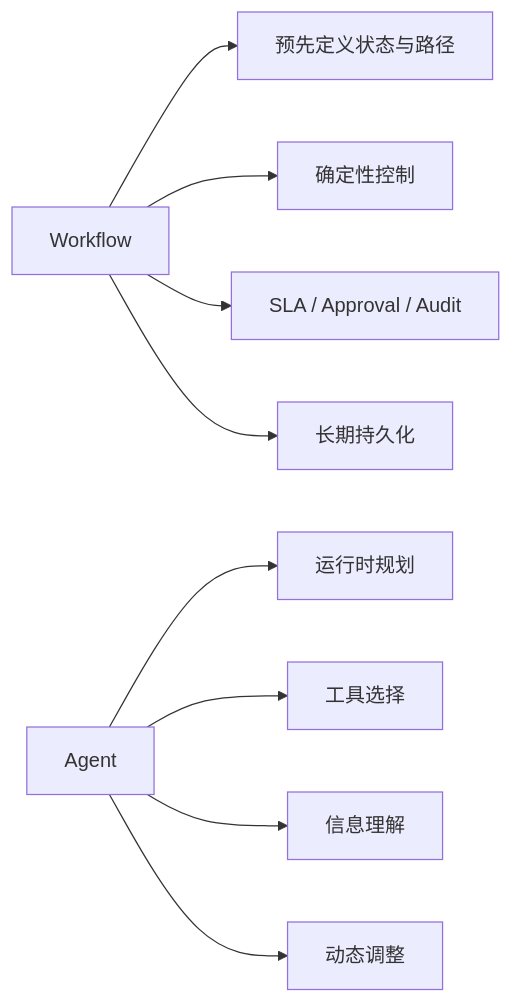
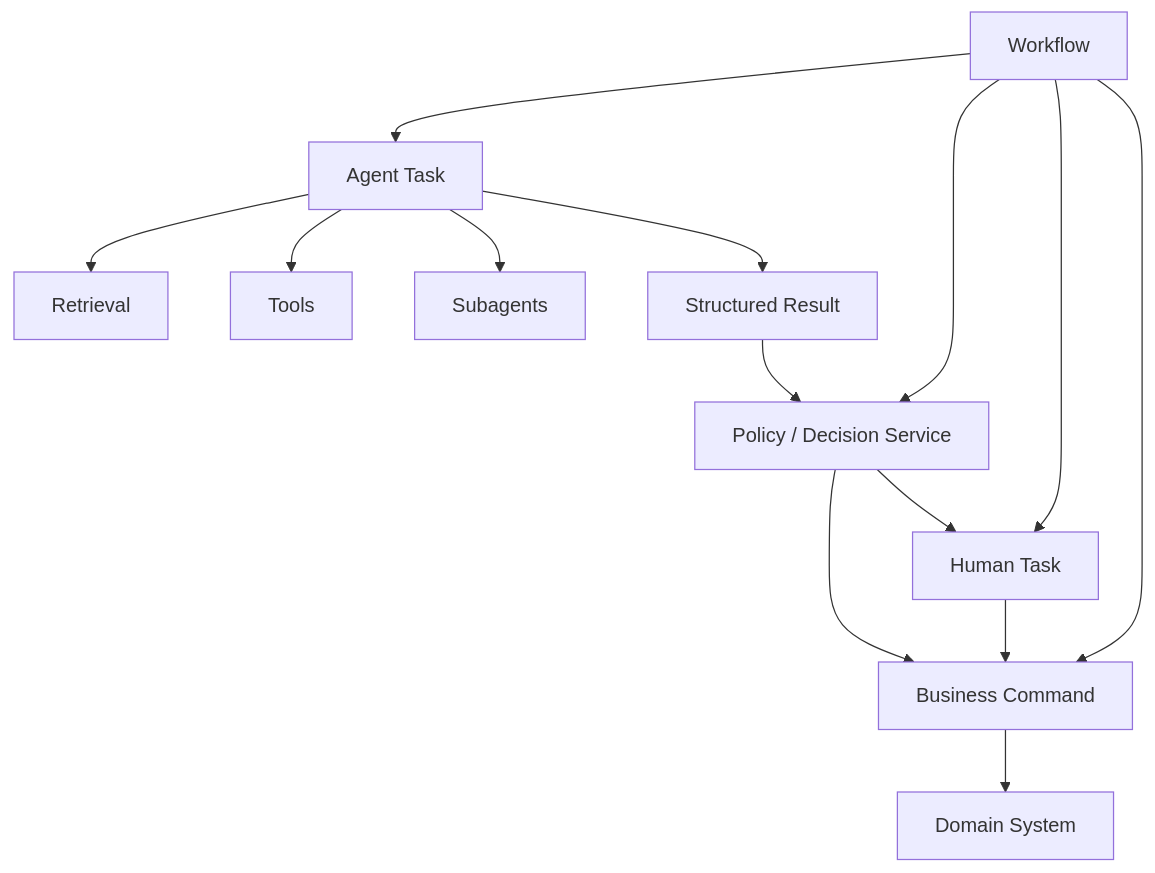
Before and after one commit to saga/copilot-server-agent: the first of 5 diagrams in docs/研究文章/workflow 和 ai agent的decision tree.md, drawn with Mermaid. The commit also changed other lines of this file, not shown here.

````diff
--- a/docs/研究文章/workflow 和 ai agent的decision tree.md
+++ b/docs/研究文章/workflow 和 ai agent的decision tree.md
@@ -118,16 +538,23 @@
 ```mermaid
-flowchart LR
+flowchart TB
 
     W[Workflow]
-    A[Agent]
 
-    W --> W1["预先定义状态与路径"]
-    W --> W2["确定性控制"]
-    W --> W3["SLA / Approval / Audit"]
-    W --> W4["长期持久化"]
+    W --> P[Policy / Decision Service]
+    W --> A[Agent Task]
+    W --> H[Human Task]
+    W --> C[Business Command]
 
-    A --> A1["运行时规划"]
-    A --> A2["工具选择"]
-    A --> A3["信息理解"]
-    A --> A4["动态调整"]
+    A --> R[Retrieval]
+    A --> T[Tools]
+    A --> S[Subagents]
+
+    A --> V[Structured Result]
+
+    V --> P
+    P --> H
+    H --> C
+    P --> C
+
+    C --> D[Domain System]
 ```
````
